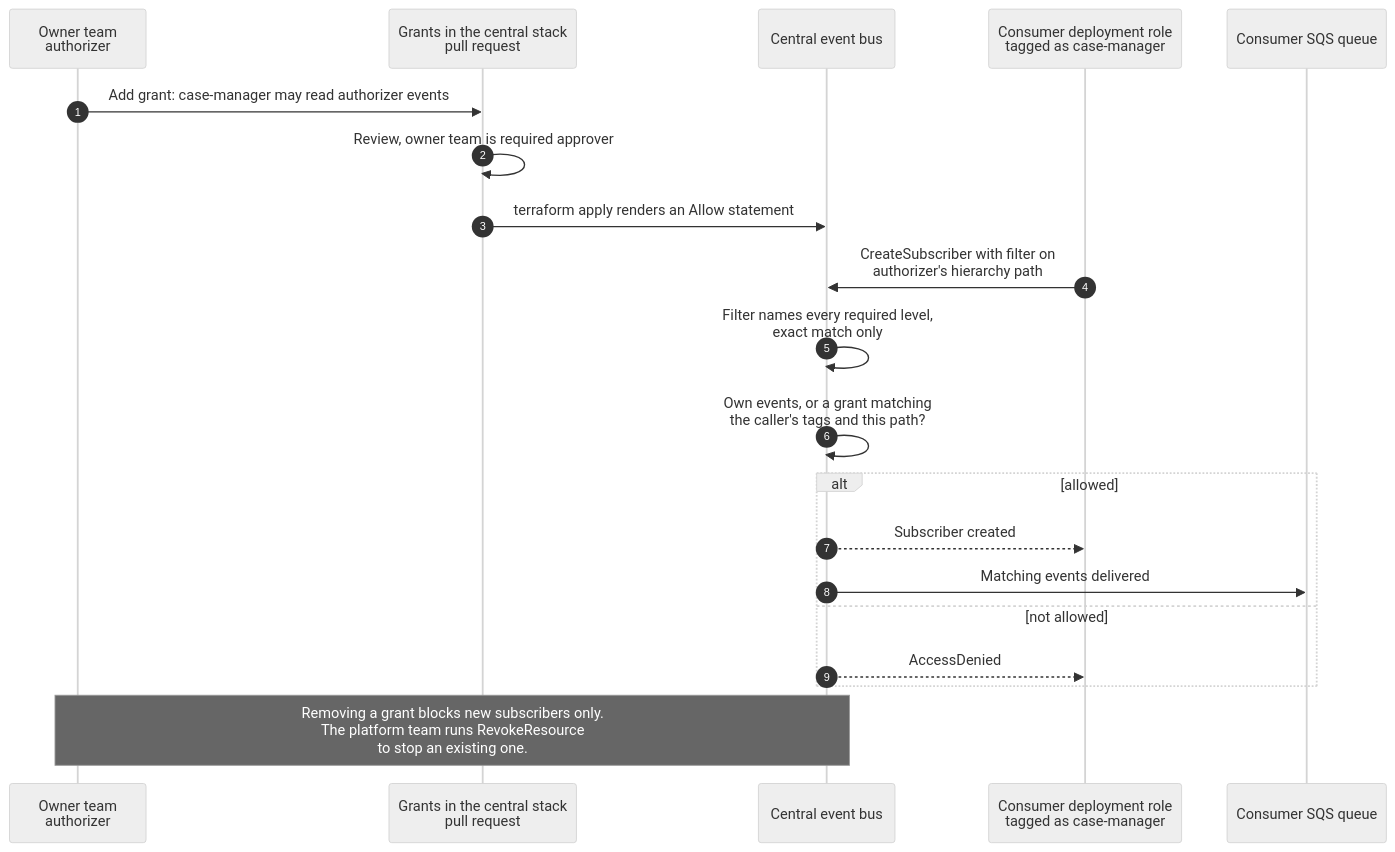
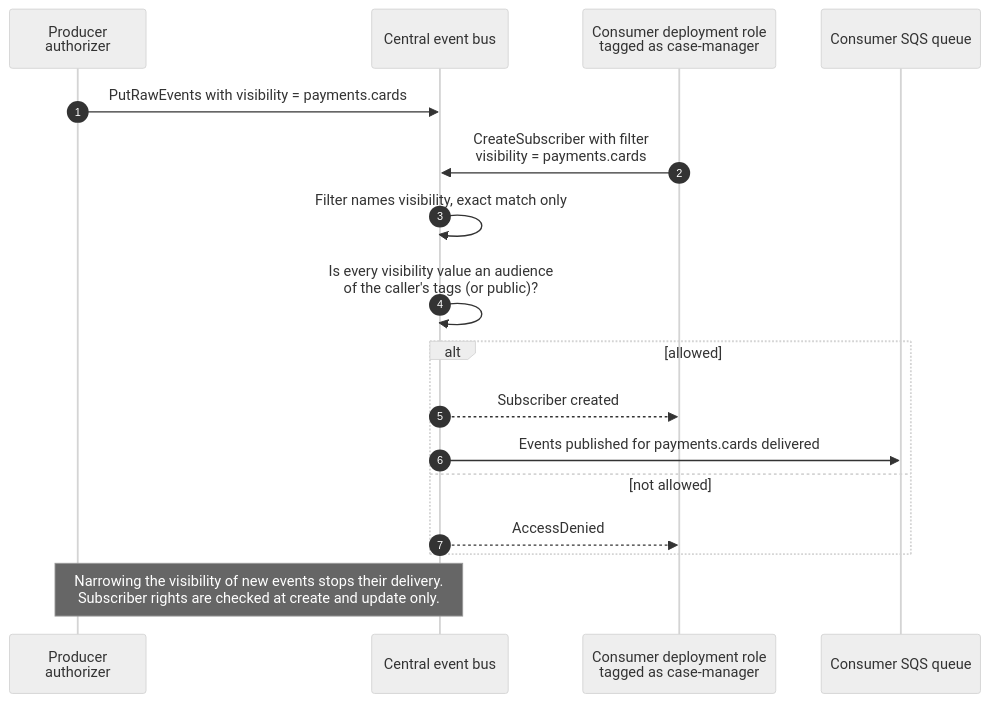
The fifth of 6 diagrams in README.md (aws-abaschen/terraform-aws-org-event-bus), drawn with Mermaid (neutral theme) before and after one commit. The commit also changed other lines of this file and 39 other files, not shown here.

First line of the commit message:
feat: producer-controlled visibility and account-tag platform registry

````diff
--- a/README.md
+++ b/README.md
@@ -251,23 +258,20 @@
 ```mermaid
 sequenceDiagram
   autonumber
-  participant O as Owner team<br/>authorizer
-  participant R as Grants in the central stack<br/>pull request
+  participant O as Producer<br/>authorizer
   participant B as Central event bus
   participant C as Consumer deployment role<br/>tagged as case-manager
   participant Q as Consumer SQS queue
 
-  O->>R: Add grant: case-manager may read authorizer events
-  R->>R: Review, owner team is required approver
-  R->>B: terraform apply renders an Allow statement
-  C->>B: CreateSubscriber with filter on<br/>authorizer's hierarchy path
-  B->>B: Filter names every required level,<br/>exact match only
-  B->>B: Own events, or a grant matching<br/>the caller's tags and this path?
+  O->>B: PutRawEvents with visibility = payments.cards
+  C->>B: CreateSubscriber with filter<br/>visibility = payments.cards
+  B->>B: Filter names visibility, exact match only
+  B->>B: Is every visibility value an audience<br/>of the caller's tags (or public)?
   alt allowed
     B-->>C: Subscriber created
-    B->>Q: Matching events delivered
+    B->>Q: Events published for payments.cards delivered
   else not allowed
     B-->>C: AccessDenied
   end
-  Note over O,B: Removing a grant blocks new subscribers only.<br/>The platform team runs RevokeResource<br/>to stop an existing one.
+  Note over O,B: Narrowing the visibility of new events stops their delivery.<br/>Subscriber rights are checked at create and update only.
 ```
````
